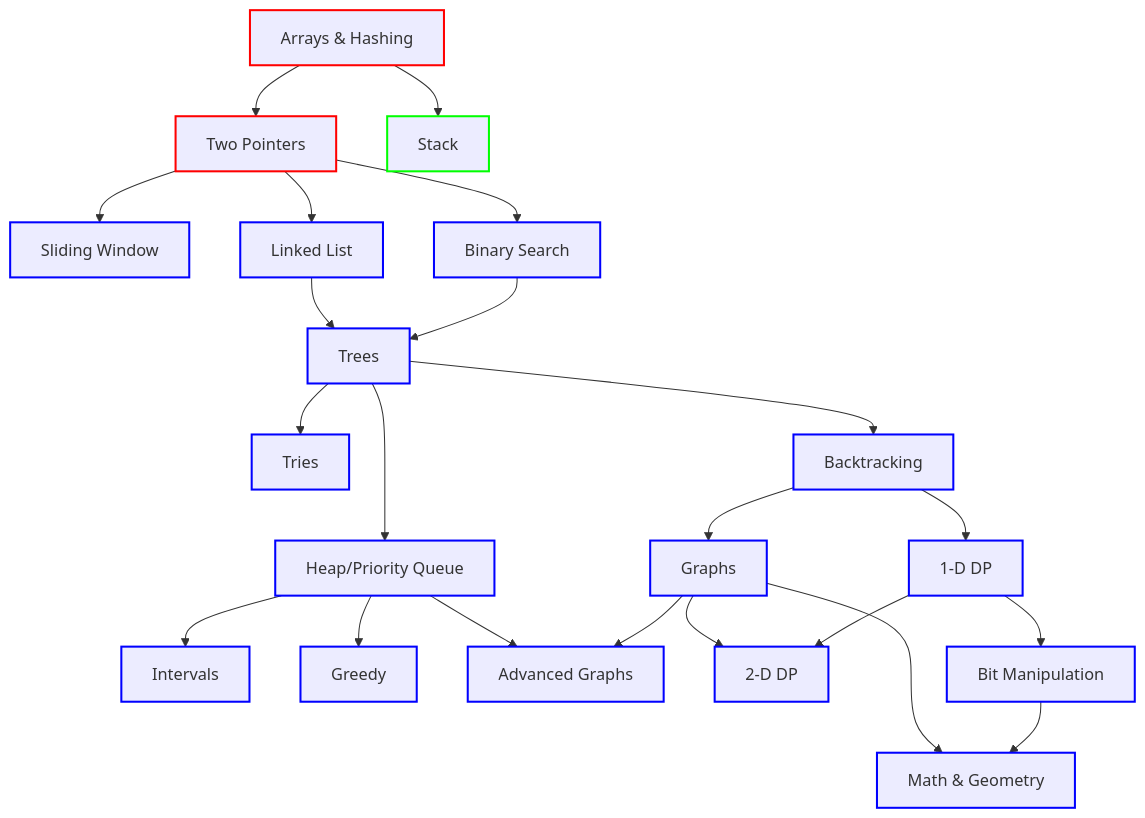
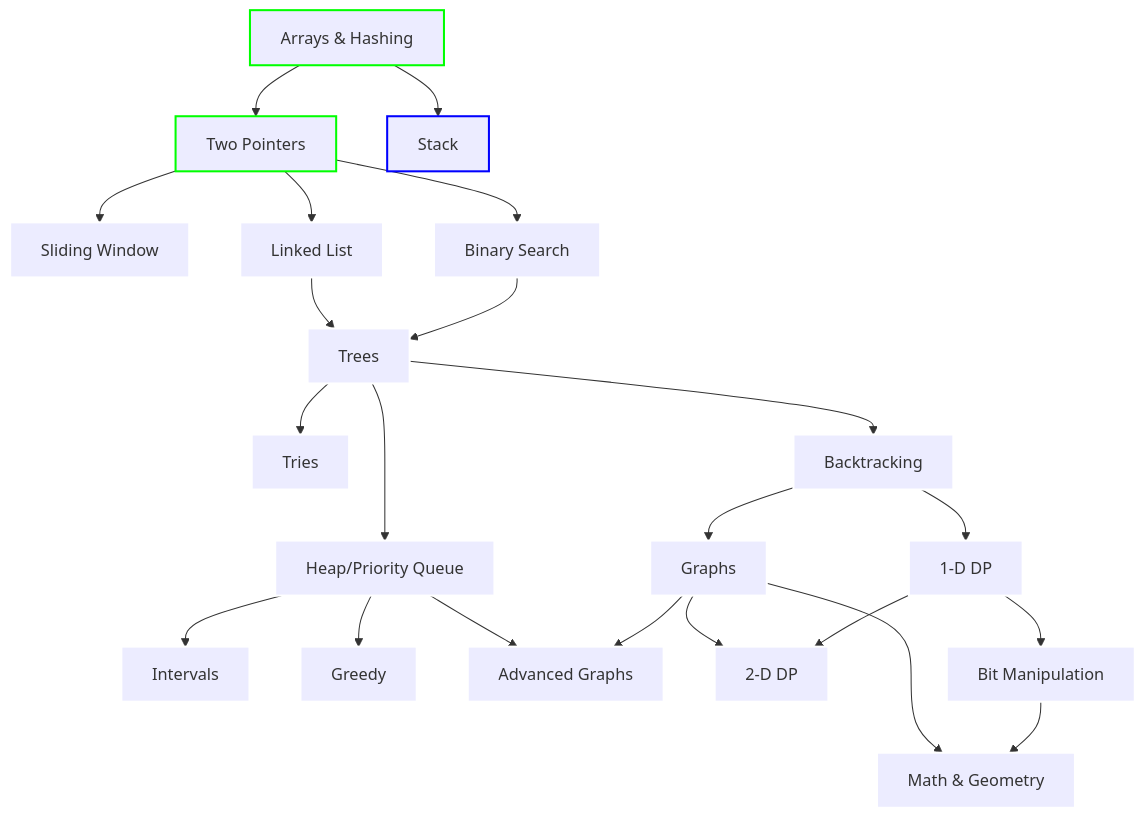
Before and after one commit to Tetsu-is/neet-code: the diagram in README.md, drawn with Mermaid. The commit also changed other lines of this file, not shown here.

````diff
--- a/README.md
+++ b/README.md
@@ -11,47 +11,47 @@
 ```mermaid
 graph TD;
-    classDef completed stroke:#f00,stroke-width:2px;
-    classDef inProgress stroke:#0f0,stroke-width:2px;
-    classDef notStarted stroke:#00f,stroke-width:2px;
+    classDef completed stroke:#0f0,stroke-width:2px;
+    classDef inProgress stroke:#00f,stroke-width:2px;
+    classDef notStarted stroke:#fff,stroke-width:2px;
 
     A[Arrays & Hashing]:::completed;
     C[Two Pointers]:::completed;
     B[Stack]:::inProgress;
     D[Sliding Window]:::notStarted;
     E[Linked List]:::notStarted;
     F[Binary Search]:::notStarted;
     G[Trees]:::notStarted;
     H[Tries]:::notStarted;
     I[Heap/Priority Queue]:::notStarted;
     J[Backtracking]:::notStarted;
     K[Intervals]:::notStarted;
     L[Greedy]:::notStarted;
     M[Advanced Graphs]:::notStarted;
     P[2-D DP]:::notStarted;
     N[Graphs]:::notStarted;
     O[1-D DP]:::notStarted;
     Q[Bit Manipulation]:::notStarted;
     R[Math & Geometry]:::notStarted;
 
     A --> B;
     A --> C;
     C --> D;
     C --> E;
     C --> F;
     E --> G;
     F --> G;
     G --> H;
     G --> I;
     G --> J;
     I --> K;
     I --> L;
     I --> M;
     J --> N;
     J --> O;
     N --> M;
     N --> P;
     N --> R;
     O --> P;
     O --> Q;
     Q --> R;
 ```
````
